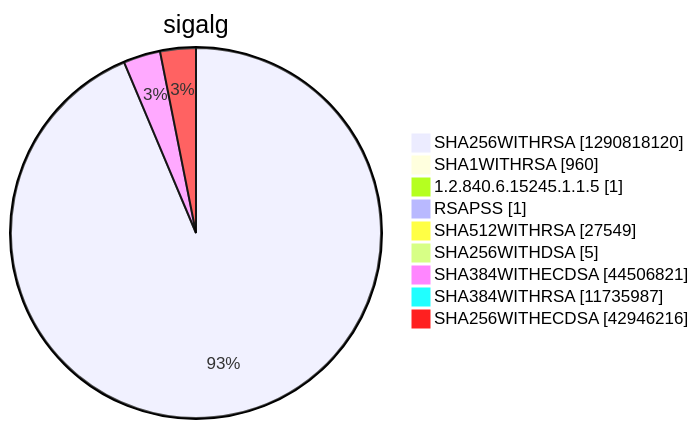
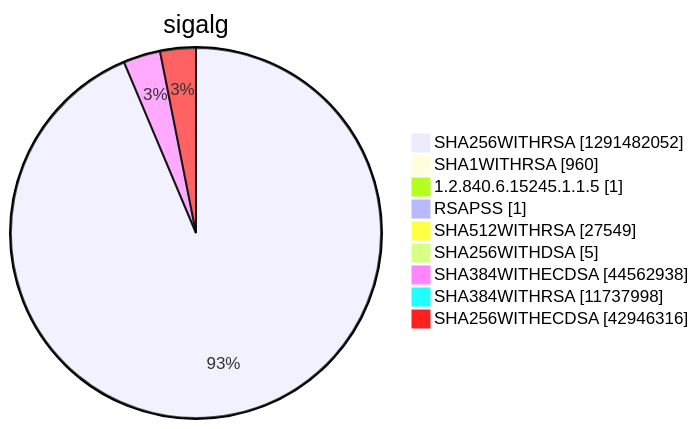
Diagram 15 of 15 in argon2022/README.md (christiankrug/ctmonitor_visualization), drawn with Mermaid before and after one commit. The commit also changed other lines of this file, not shown here.

````diff
--- a/argon2022/README.md
+++ b/argon2022/README.md
@@ -5523,13 +5523,13 @@
 ```mermaid
 pie showData
 title sigalg
-"SHA256WITHRSA" :1290818120
+"SHA256WITHRSA" :1291482052
 "SHA1WITHRSA" :960
 "1.2.840.6.15245.1.1.5" :1
 "RSAPSS" :1
 "SHA512WITHRSA" :27549
 "SHA256WITHDSA" :5
-"SHA384WITHECDSA" :44506821
-"SHA384WITHRSA" :11735987
-"SHA256WITHECDSA" :42946216
+"SHA384WITHECDSA" :44562938
+"SHA384WITHRSA" :11737998
+"SHA256WITHECDSA" :42946316
 ```
````
